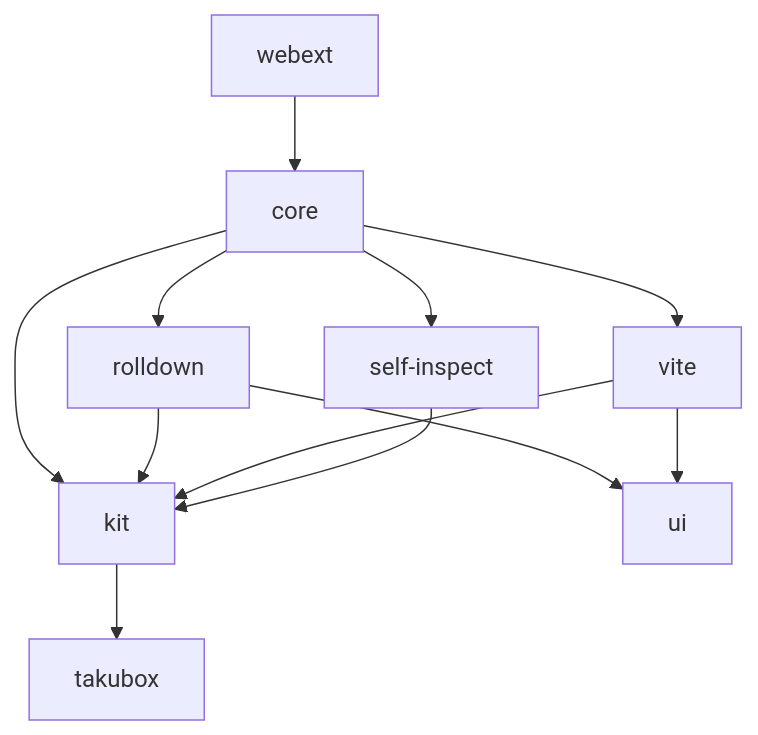
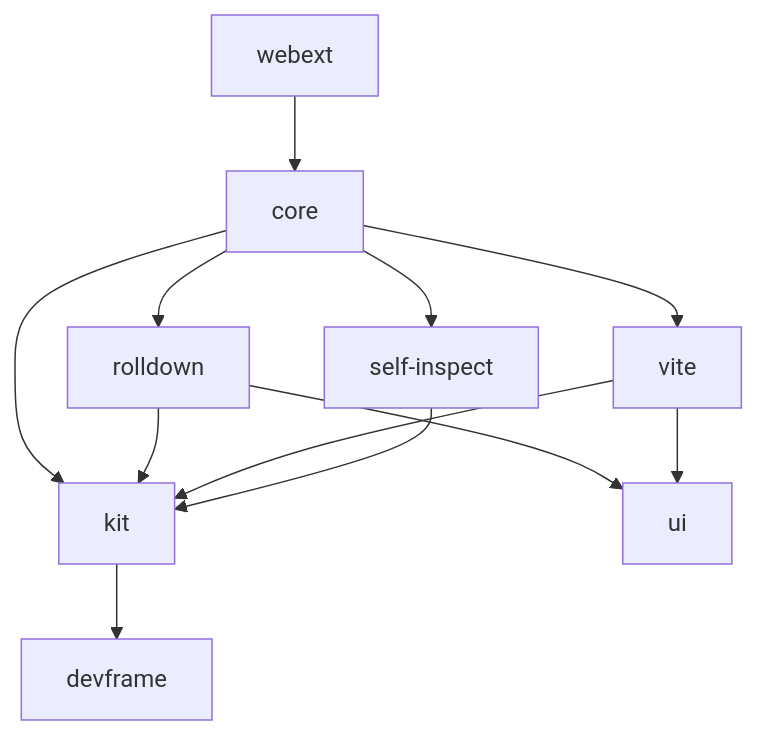
The diagram in AGENTS.md (vitejs/devtools), drawn with Mermaid before and after one commit. The commit also changed other lines of this file and 204 other files, not shown here.

First line of the commit message:
rename: takubox → devframe

````diff
--- a/AGENTS.md
+++ b/AGENTS.md
@@ -24,10 +24,10 @@
 ```mermaid
 flowchart TD
-  kit --> takubox
+  kit --> devframe
   core --> kit
   core --> rolldown & vite & self-inspect
   rolldown --> kit & ui
   vite --> kit & ui
   self-inspect --> kit
   webext --> core
 ```
````
